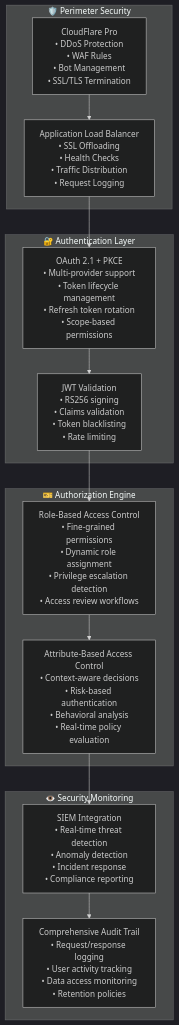
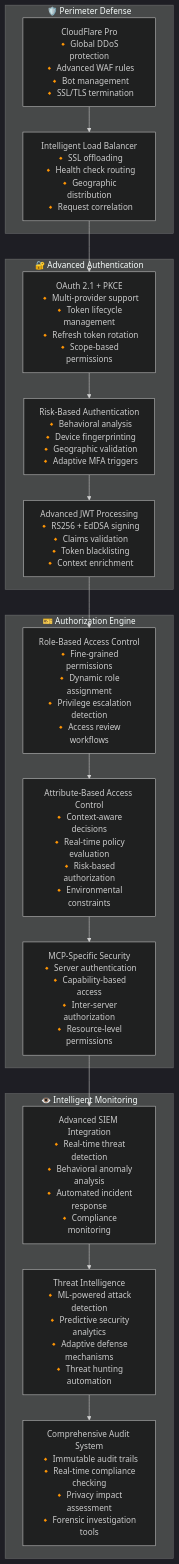
Before and after one commit to LSG-hub/Project-001: the eighth of 13 diagrams in README.md, drawn with Mermaid (dark theme). The commit also changed other lines of this file, not shown here.

````diff
--- a/README.md
+++ b/README.md
@@ -731,34 +1251,45 @@
 ```mermaid
 graph TB
-    subgraph Perimeter["🛡️ Perimeter Security"]
-        CDN["CloudFlare Pro<br/>• DDoS Protection<br/>• WAF Rules<br/>• Bot Management<br/>• SSL/TLS Termination"]
+    subgraph "🛡️ Perimeter Defense"
+        CDN["CloudFlare Pro<br/>🔸 Global DDoS protection<br/>🔸 Advanced WAF rules<br/>🔸 Bot management<br/>🔸 SSL/TLS termination"]
         
-        LoadBalancer["Application Load Balancer<br/>• SSL Offloading<br/>• Health Checks<br/>• Traffic Distribution<br/>• Request Logging"]
+        LoadBalancer["Intelligent Load Balancer<br/>🔸 SSL offloading<br/>🔸 Health check routing<br/>🔸 Geographic distribution<br/>🔸 Request correlation"]
     end
     
-    subgraph AuthLayer["🔐 Authentication Layer"]
-        OAuth["OAuth 2.1 + PKCE<br/>• Multi-provider support<br/>• Token lifecycle management<br/>• Refresh token rotation<br/>• Scope-based permissions"]
+    subgraph "🔐 Advanced Authentication"
+        OAuth["OAuth 2.1 + PKCE<br/>🔸 Multi-provider support<br/>🔸 Token lifecycle management<br/>🔸 Refresh token rotation<br/>🔸 Scope-based permissions"]
         
-        JWT["JWT Validation<br/>• RS256 signing<br/>• Claims validation<br/>• Token blacklisting<br/>• Rate limiting"]
+        RiskAuth["Risk-Based Authentication<br/>🔸 Behavioral analysis<br/>🔸 Device fingerprinting<br/>🔸 Geographic validation<br/>🔸 Adaptive MFA triggers"]
+        
+        JWT["Advanced JWT Processing<br/>🔸 RS256 + EdDSA signing<br/>🔸 Claims validation<br/>🔸 Token blacklisting<br/>🔸 Context enrichment"]
     end
     
-    subgraph Authorization["🎫 Authorization Engine"]
-        RBAC["Role-Based Access Control<br/>• Fine-grained permissions<br/>• Dynamic role assignment<br/>• Privilege escalation detection<br/>• Access review workflows"]
+    subgraph "🎫 Authorization Engine"
+        RBAC["Role-Based Access Control<br/>🔸 Fine-grained permissions<br/>🔸 Dynamic role assignment<br/>🔸 Privilege escalation detection<br/>🔸 Access review workflows"]
         
-        ABAC["Attribute-Based Access Control<br/>• Context-aware decisions<br/>• Risk-based authentication<br/>• Behavioral analysis<br/>• Real-time policy evaluation"]
+        ABAC["Attribute-Based Access Control<br/>🔸 Context-aware decisions<br/>🔸 Real-time policy evaluation<br/>🔸 Risk-based authorization<br/>🔸 Environmental constraints"]
+        
+        MCPSecurity["MCP-Specific Security<br/>🔸 Server authentication<br/>🔸 Capability-based access<br/>🔸 Inter-server authorization<br/>🔸 Resource-level permissions"]
     end
     
-    subgraph Monitoring["👁️ Security Monitoring"]
-        SIEM["SIEM Integration<br/>• Real-time threat detection<br/>• Anomaly detection<br/>• Incident response<br/>• Compliance reporting"]
+    subgraph "👁️ Intelligent Monitoring"
+        SIEM["Advanced SIEM Integration<br/>🔸 Real-time threat detection<br/>🔸 Behavioral anomaly analysis<br/>🔸 Automated incident response<br/>🔸 Compliance monitoring"]
         
-        Audit["Comprehensive Audit Trail<br/>• Request/response logging<br/>• User activity tracking<br/>• Data access monitoring<br/>• Retention policies"]
+        ThreatIntel["Threat Intelligence<br/>🔸 ML-powered attack detection<br/>🔸 Predictive security analytics<br/>🔸 Adaptive defense mechanisms<br/>🔸 Threat hunting automation"]
+        
+        Audit["Comprehensive Audit System<br/>🔸 Immutable audit trails<br/>🔸 Real-time compliance checking<br/>🔸 Privacy impact assessment<br/>🔸 Forensic investigation tools"]
     end
     
     CDN --> LoadBalancer
     LoadBalancer --> OAuth
-    OAuth --> JWT
+    OAuth --> RiskAuth
+    RiskAuth --> JWT
+    
     JWT --> RBAC
     RBAC --> ABAC
-    ABAC --> SIEM
-    SIEM --> Audit
+    ABAC --> MCPSecurity
+    
+    MCPSecurity --> SIEM
+    SIEM --> ThreatIntel
+    ThreatIntel --> Audit
 ```
````
